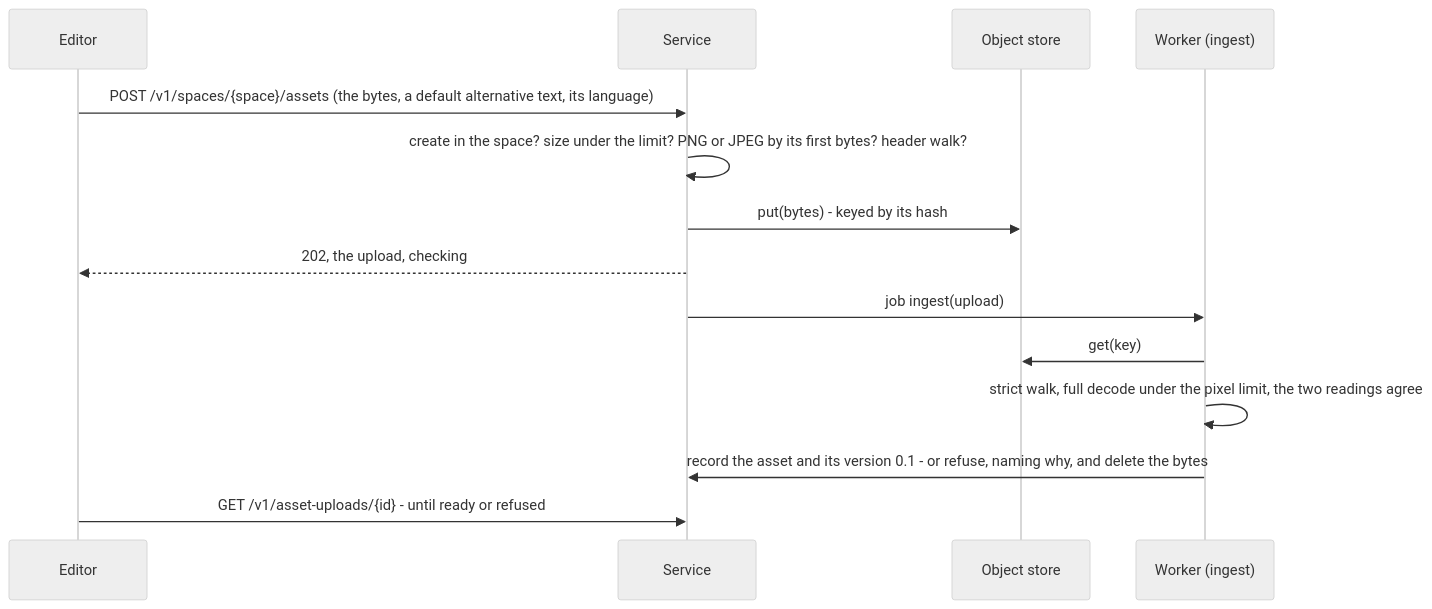
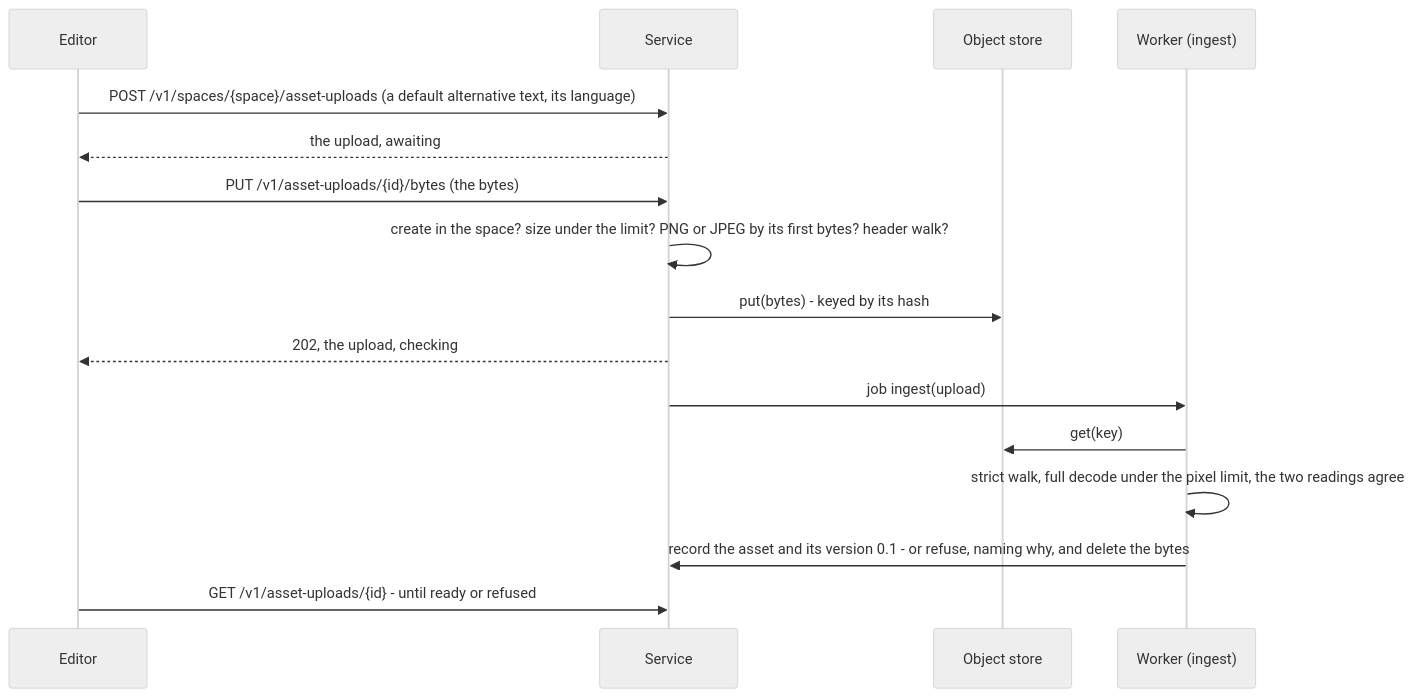
The diagram in docs/design/assets.md (kenhayward/alloy-works), drawn with Mermaid (neutral theme) before and after one commit. The commit also changed other lines of this file and 18 other files, not shown here.

````diff
--- a/docs/design/assets.md
+++ b/docs/design/assets.md
@@ -110,16 +114,18 @@
 ```mermaid
 sequenceDiagram
     participant E as Editor
     participant S as Service
     participant O as Object store
     participant W as Worker (ingest)
-    E->>S: POST /v1/spaces/{space}/assets (the bytes, a default alternative text, its language)
+    E->>S: POST /v1/spaces/{space}/asset-uploads (a default alternative text, its language)
+    S-->>E: the upload, awaiting
+    E->>S: PUT /v1/asset-uploads/{id}/bytes (the bytes)
     S->>S: create in the space? size under the limit? PNG or JPEG by its first bytes? header walk?
     S->>O: put(bytes) - keyed by its hash
     S-->>E: 202, the upload, checking
     S->>W: job ingest(upload)
     W->>O: get(key)
     W->>W: strict walk, full decode under the pixel limit, the two readings agree
     W->>S: record the asset and its version 0.1 - or refuse, naming why, and delete the bytes
     E->>S: GET /v1/asset-uploads/{id} - until ready or refused
 ```
````
